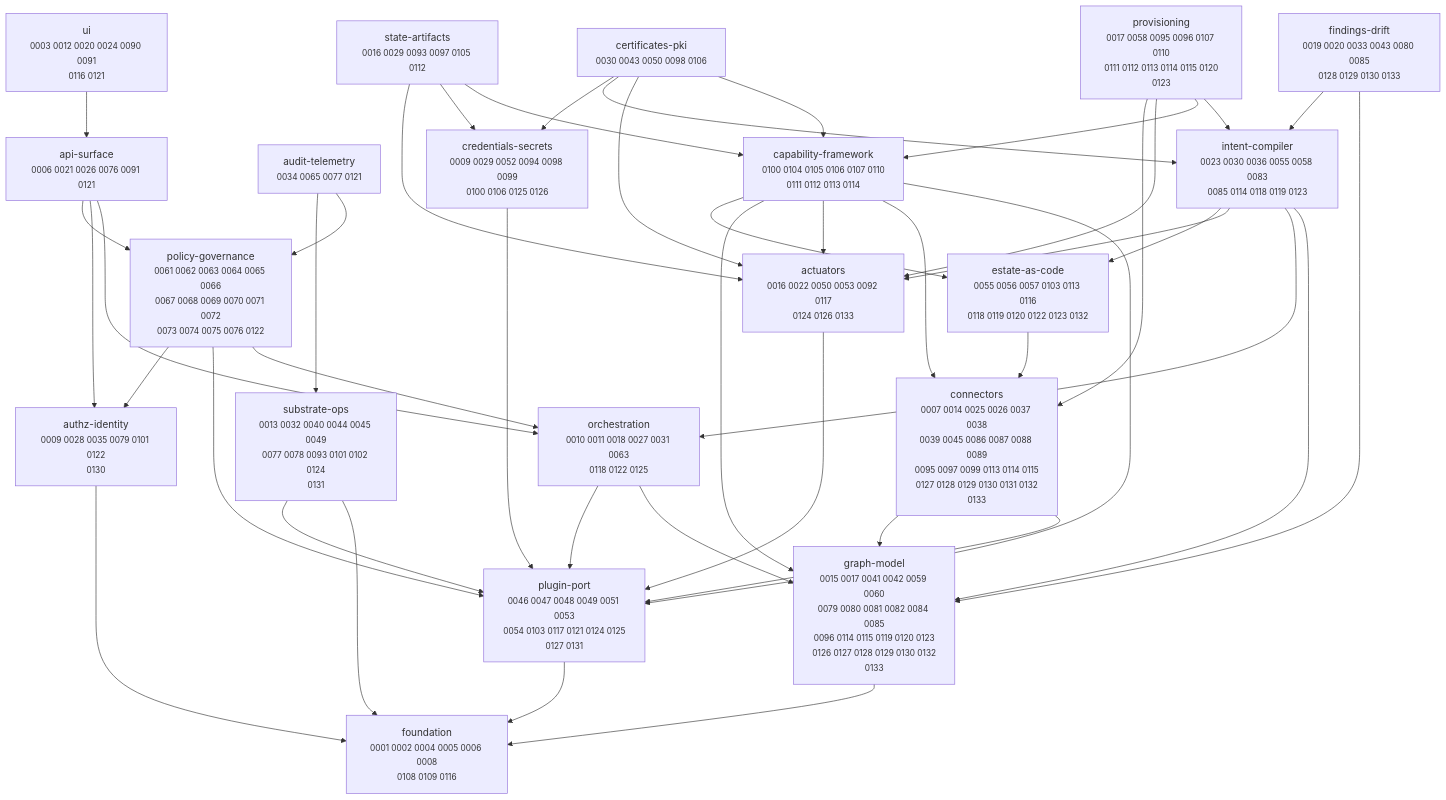
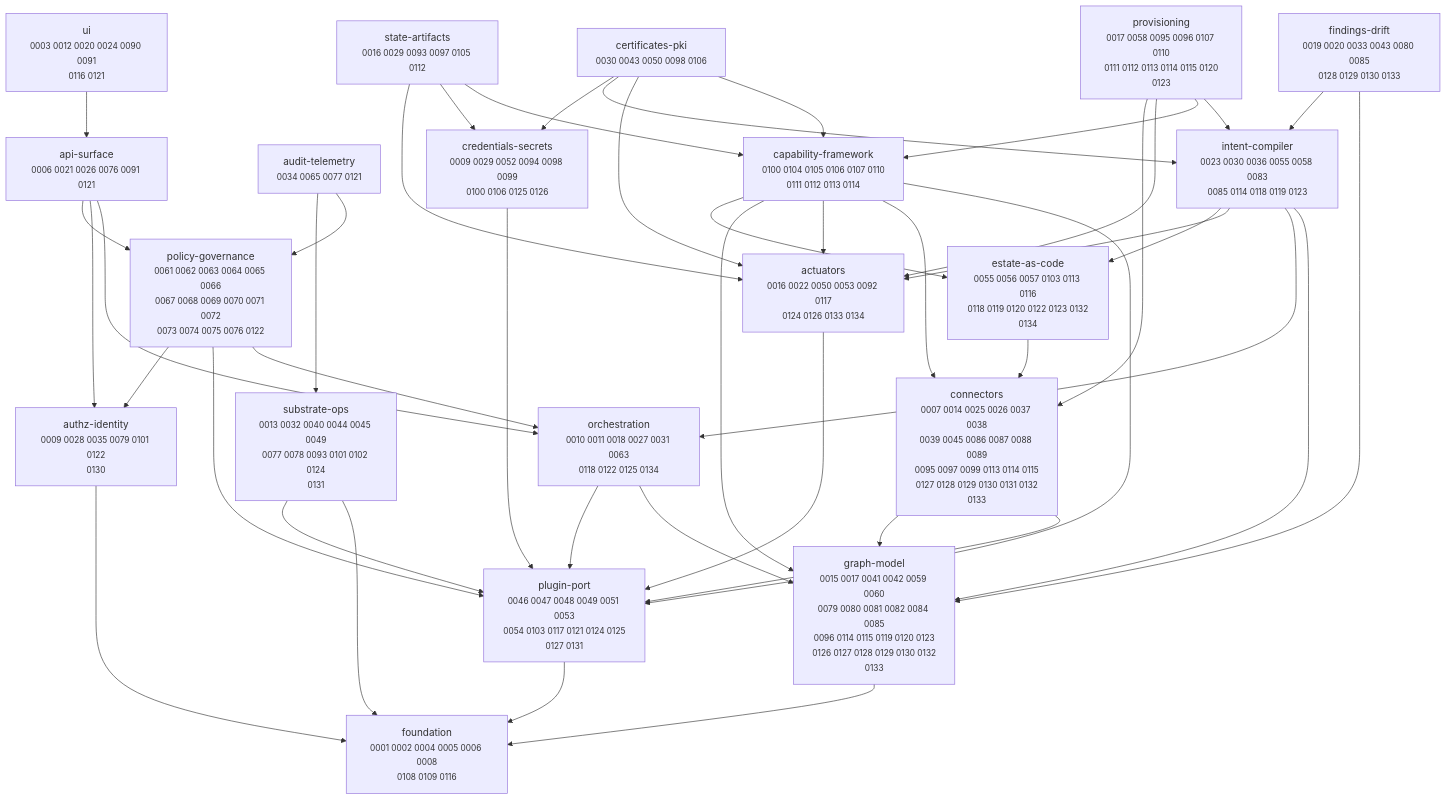
One commit to dstout-devops/stratt changed the diagram in docs/adr/MAP.md. Above: the diagram before and after it, drawn with Mermaid. The commit also changed other lines of this file and 2 other files, not shown here.

````diff
--- a/docs/adr/MAP.md
+++ b/docs/adr/MAP.md
@@ -11,67 +11,67 @@
 ```mermaid
 graph TD
-  actuators["actuators<br/><small>0016 0022 0050 0053 0092 0117<br/>0124 0126 0133</small>"]
+  actuators["actuators<br/><small>0016 0022 0050 0053 0092 0117<br/>0124 0126 0133 0134</small>"]
   api_surface["api-surface<br/><small>0006 0021 0026 0076 0091 0121</small>"]
   audit_telemetry["audit-telemetry<br/><small>0034 0065 0077 0121</small>"]
   authz_identity["authz-identity<br/><small>0009 0028 0035 0079 0101 0122<br/>0130</small>"]
   capability_framework["capability-framework<br/><small>0100 0104 0105 0106 0107 0110<br/>0111 0112 0113 0114</small>"]
   certificates_pki["certificates-pki<br/><small>0030 0043 0050 0098 0106</small>"]
   connectors["connectors<br/><small>0007 0014 0025 0026 0037 0038<br/>0039 0045 0086 0087 0088 0089<br/>0095 0097 0099 0113 0114 0115<br/>0127 0128 0129 0130 0131 0132<br/>0133</small>"]
   credentials_secrets["credentials-secrets<br/><small>0009 0029 0052 0094 0098 0099<br/>0100 0106 0125 0126</small>"]
-  estate_as_code["estate-as-code<br/><small>0055 0056 0057 0103 0113 0116<br/>0118 0119 0120 0122 0123 0132</small>"]
+  estate_as_code["estate-as-code<br/><small>0055 0056 0057 0103 0113 0116<br/>0118 0119 0120 0122 0123 0132<br/>0134</small>"]
   findings_drift["findings-drift<br/><small>0019 0020 0033 0043 0080 0085<br/>0128 0129 0130 0133</small>"]
   foundation["foundation<br/><small>0001 0002 0004 0005 0006 0008<br/>0108 0109 0116</small>"]
   graph_model["graph-model<br/><small>0015 0017 0041 0042 0059 0060<br/>0079 0080 0081 0082 0084 0085<br/>0096 0114 0115 0119 0120 0123<br/>0126 0127 0128 0129 0130 0132<br/>0133</small>"]
   intent_compiler["intent-compiler<br/><small>0023 0030 0036 0055 0058 0083<br/>0085 0114 0118 0119 0123</small>"]
-  orchestration["orchestration<br/><small>0010 0011 0018 0027 0031 0063<br/>0118 0122 0125</small>"]
+  orchestration["orchestration<br/><small>0010 0011 0018 0027 0031 0063<br/>0118 0122 0125 0134</small>"]
   plugin_port["plugin-port<br/><small>0046 0047 0048 0049 0051 0053<br/>0054 0103 0117 0121 0124 0125<br/>0127 0131</small>"]
   policy_governance["policy-governance<br/><small>0061 0062 0063 0064 0065 0066<br/>0067 0068 0069 0070 0071 0072<br/>0073 0074 0075 0076 0122</small>"]
   provisioning["provisioning<br/><small>0017 0058 0095 0096 0107 0110<br/>0111 0112 0113 0114 0115 0120<br/>0123</small>"]
   state_artifacts["state-artifacts<br/><small>0016 0029 0093 0097 0105 0112</small>"]
   substrate_ops["substrate-ops<br/><small>0013 0032 0040 0044 0045 0049<br/>0077 0078 0093 0101 0102 0124<br/>0131</small>"]
   ui["ui<br/><small>0003 0012 0020 0024 0090 0091<br/>0116 0121</small>"]
 
   actuators --> plugin_port
   api_surface --> orchestration
   api_surface --> authz_identity
   api_surface --> policy_governance
   audit_telemetry --> policy_governance
   audit_telemetry --> substrate_ops
   authz_identity --> foundation
   capability_framework --> plugin_port
   capability_framework --> connectors
   capability_framework --> actuators
   capability_framework --> graph_model
   capability_framework --> estate_as_code
   certificates_pki --> capability_framework
   certificates_pki --> actuators
   certificates_pki --> intent_compiler
   certificates_pki --> credentials_secrets
   connectors --> plugin_port
   connectors --> graph_model
   credentials_secrets --> plugin_port
   estate_as_code --> connectors
   findings_drift --> graph_model
   findings_drift --> intent_compiler
   graph_model --> foundation
   intent_compiler --> graph_model
   intent_compiler --> orchestration
   intent_compiler --> actuators
   intent_compiler --> estate_as_code
   orchestration --> graph_model
   orchestration --> plugin_port
   plugin_port --> foundation
   policy_governance --> orchestration
   policy_governance --> plugin_port
   policy_governance --> authz_identity
   provisioning --> intent_compiler
   provisioning --> capability_framework
   provisioning --> actuators
   provisioning --> connectors
   state_artifacts --> capability_framework
   state_artifacts --> credentials_secrets
   state_artifacts --> actuators
   substrate_ops --> foundation
   substrate_ops --> plugin_port
   ui --> api_surface
 ```
````
